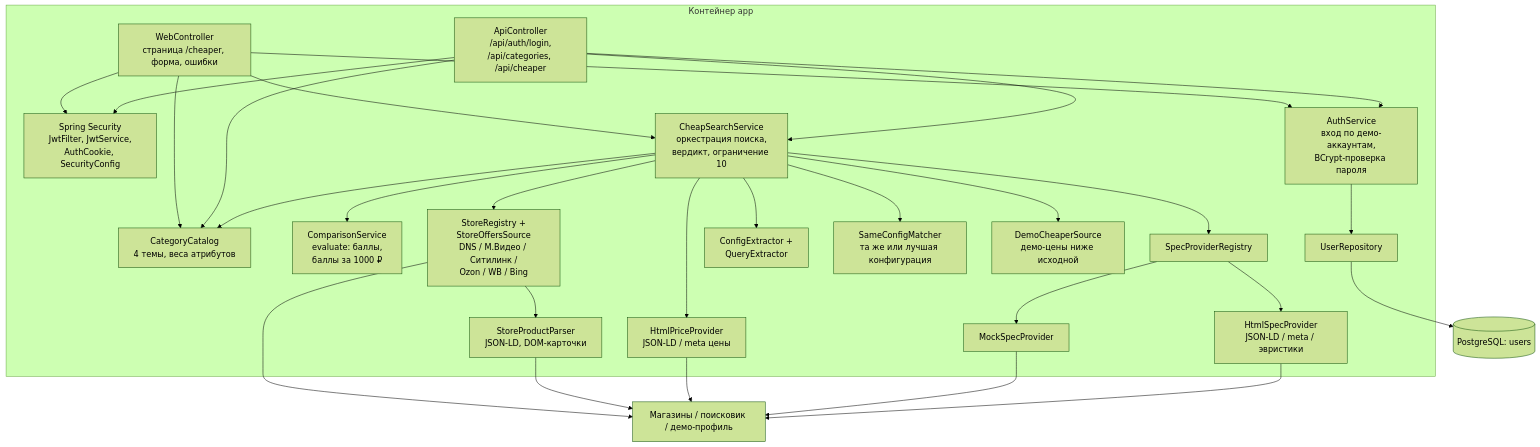
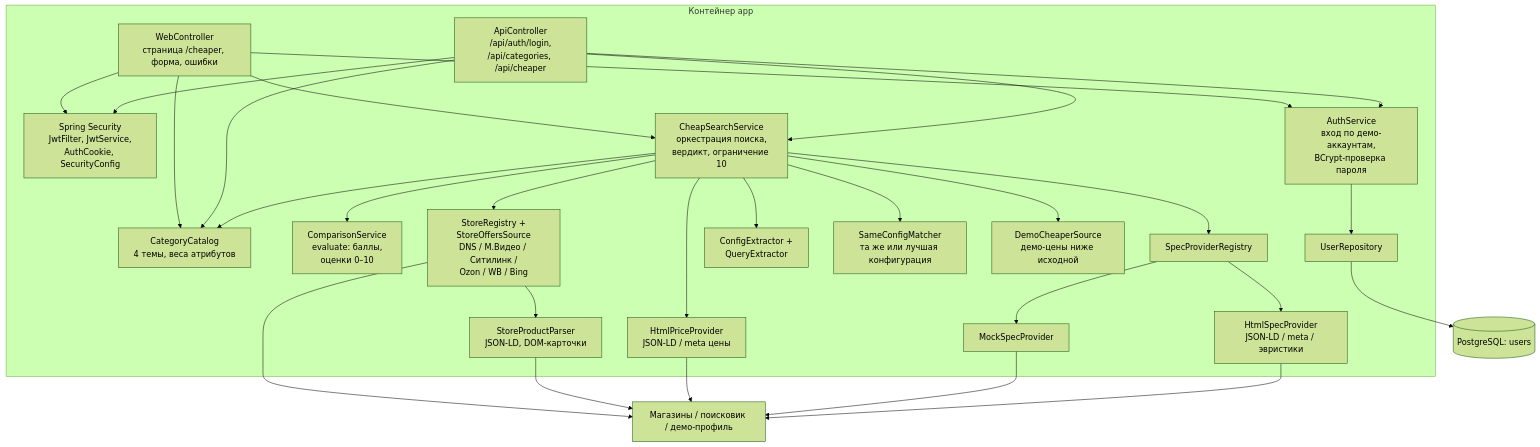
One commit to brawlat12344-ops/pricetracker changed the third of 3 diagrams in docs/c4.md. Above: the diagram before and after it, drawn with Mermaid (forest theme). The commit also changed other lines of this file and 1 other file, not shown here.

````diff
--- a/docs/c4.md
+++ b/docs/c4.md
@@ -57,52 +57,52 @@
 ```mermaid
 flowchart TB
     subgraph APP["Контейнер app"]
         WEB["WebController<br/>страница /cheaper, форма, ошибки"]
         API["ApiController<br/>/api/auth/login,<br/>/api/categories, /api/cheaper"]
         SEC["Spring Security<br/>JwtFilter, JwtService,<br/>AuthCookie, SecurityConfig"]
         AUTH["AuthService<br/>вход по демо-аккаунтам,<br/>BCrypt-проверка пароля"]
         CAT["CategoryCatalog<br/>4 темы, веса атрибутов"]
-        CMP["ComparisonService<br/>evaluate: баллы,<br/>баллы за 1000 ₽"]
+        CMP["ComparisonService<br/>evaluate: баллы,<br/>оценки 0–10"]
         SREG["SpecProviderRegistry"]
         SMOCK["MockSpecProvider"]
         SHTML["HtmlSpecProvider<br/>JSON-LD / meta / эвристики"]
         PRICE["HtmlPriceProvider<br/>JSON-LD / meta цены"]
         CHEAP["CheapSearchService<br/>оркестрация поиска,<br/>вердикт, ограничение 10"]
         STORES["StoreRegistry +<br/>StoreOffersSource<br/>DNS / М.Видео / Ситилинк /<br/>Ozon / WB / Bing"]
         PARSE["StoreProductParser<br/>JSON-LD, DOM-карточки"]
         CONFIG["ConfigExtractor +<br/>QueryExtractor"]
         MATCH["SameConfigMatcher<br/>та же или лучшая конфигурация"]
         FALLBACK["DemoCheaperSource<br/>демо-цены ниже исходной"]
         REPO["UserRepository"]
     end
 
     DB[("PostgreSQL: users")]
     EXT["Магазины / поисковик / демо-профиль"]
 
     WEB --> SEC
     API --> SEC
     WEB --> AUTH
     API --> AUTH
     AUTH --> REPO
     REPO --> DB
     WEB --> CHEAP
     API --> CHEAP
     WEB --> CAT
     API --> CAT
     CHEAP --> CAT
     CHEAP --> CMP
     CHEAP --> STORES
     STORES --> PARSE
     CHEAP --> CONFIG
     CHEAP --> MATCH
     CHEAP --> FALLBACK
     CHEAP --> PRICE
     CHEAP --> SREG
     SREG --> SMOCK
     SREG --> SHTML
     STORES --> EXT
     PARSE --> EXT
     PRICE --> EXT
     SMOCK --> EXT
     SHTML --> EXT
 ```
````
